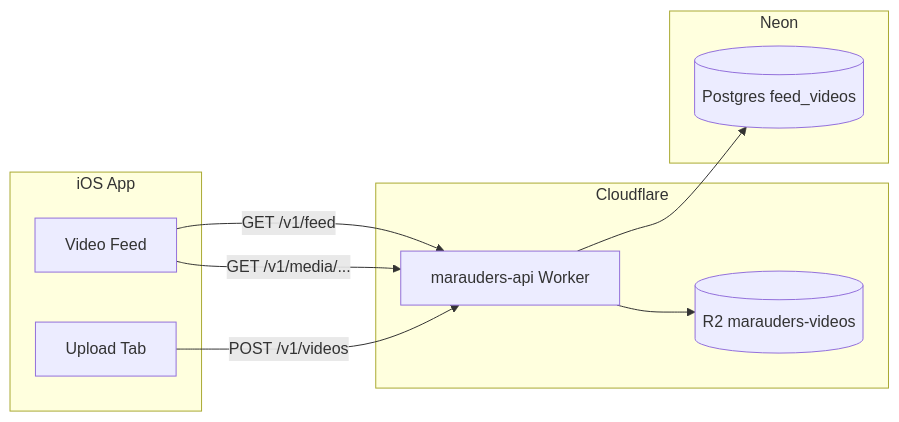
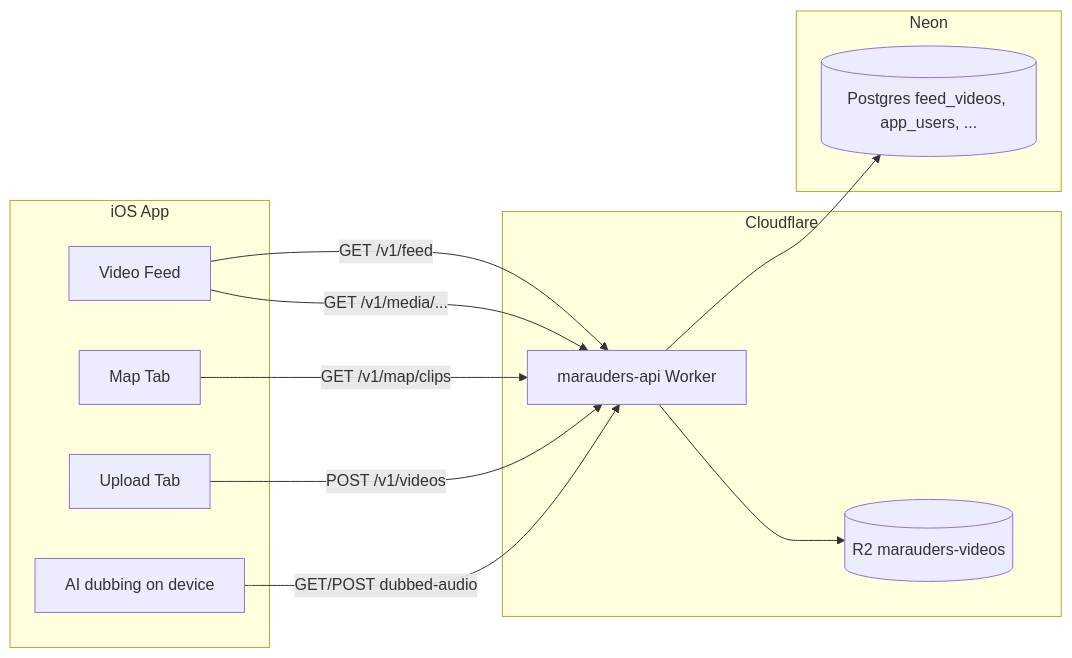
The diagram in README.md (SomsakGitHub/Marauders), drawn with Mermaid before and after one commit. The commit also changed other lines of this file and 1 other file, not shown here.

First line of the commit message:
Bring README and ARCHITECTURE in line with the code

````diff
--- a/README.md
+++ b/README.md
@@ -22,22 +25,26 @@
 ```mermaid
 flowchart LR
   subgraph client [iOS App]
     Feed[Video Feed]
+    Map[Map Tab]
     Upload[Upload Tab]
+    Dub[AI dubbing on device]
   end
 
   subgraph cloud [Cloudflare]
     Worker[marauders-api Worker]
     R2[(R2 marauders-videos)]
   end
 
   subgraph data [Neon]
-    PG[(Postgres feed_videos)]
+    PG[(Postgres feed_videos, app_users, ...)]
   end
 
   Feed -->|GET /v1/feed| Worker
+  Map -->|GET /v1/map/clips| Worker
   Upload -->|POST /v1/videos| Worker
   Feed -->|GET /v1/media/...| Worker
+  Dub -->|GET/POST dubbed-audio| Worker
   Worker --> PG
   Worker --> R2
 ```
````
